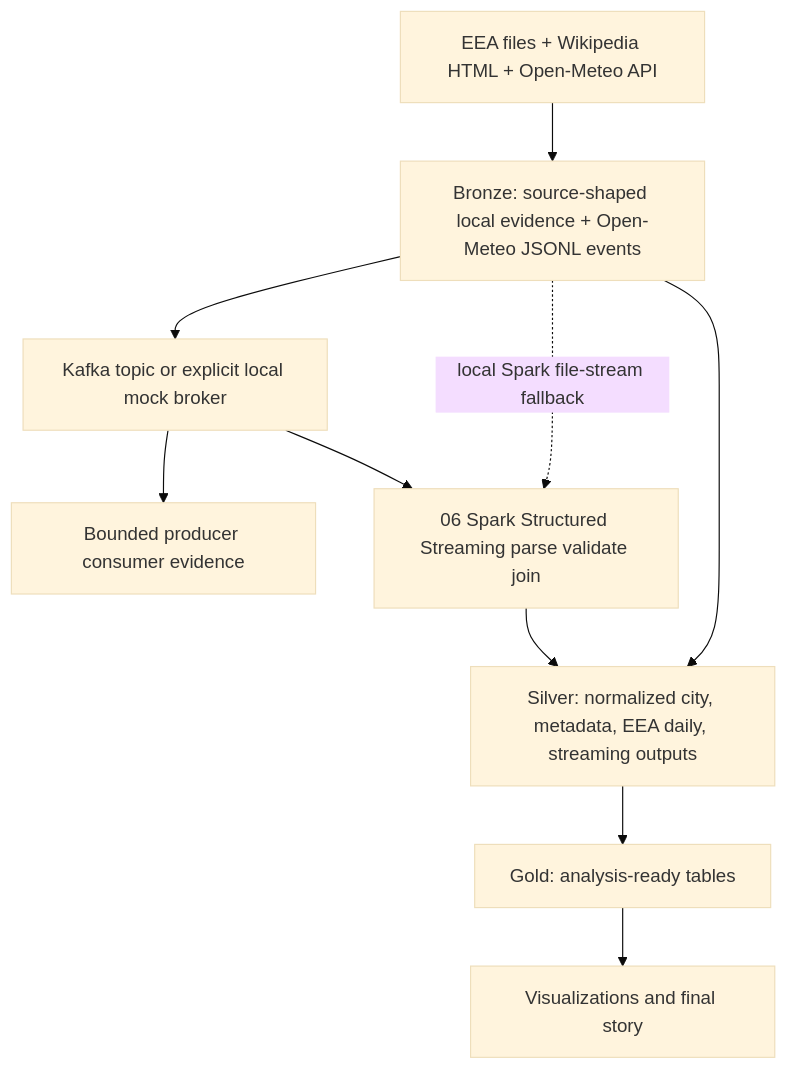
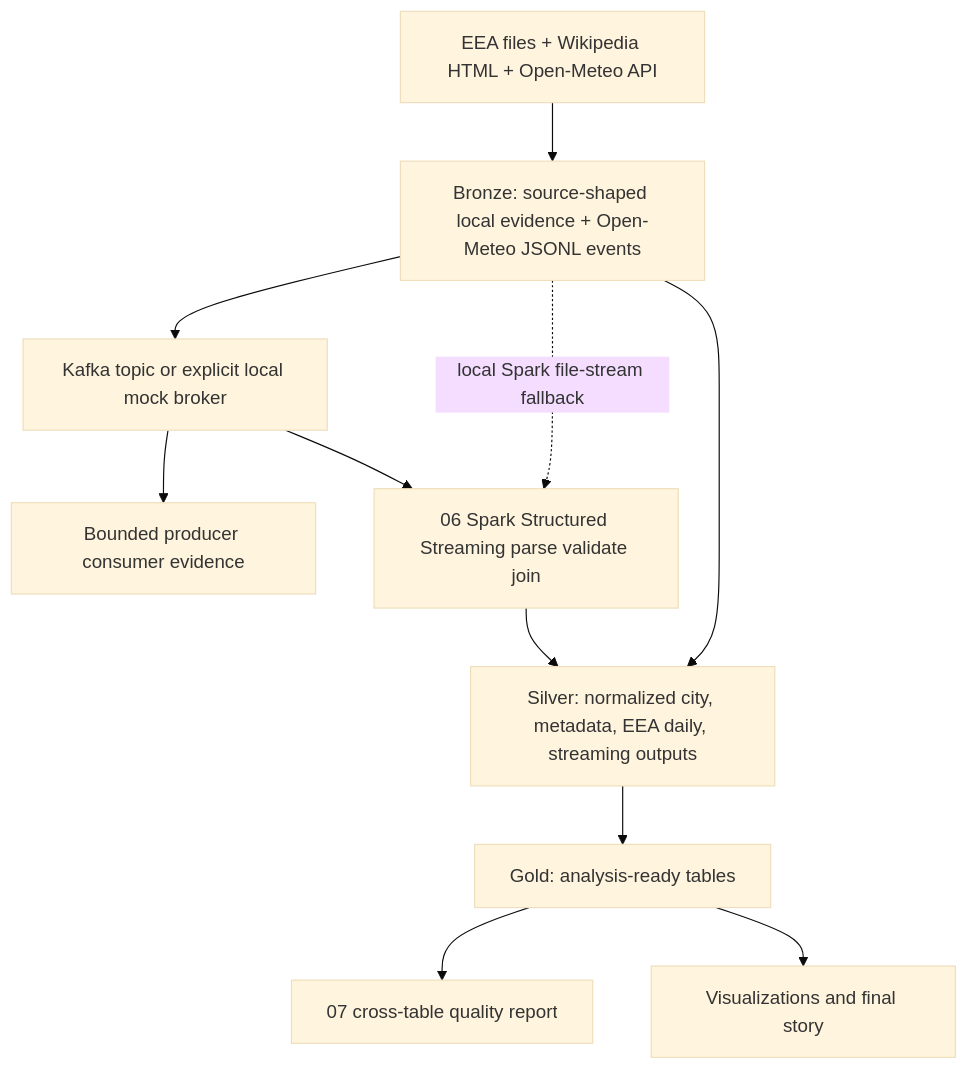
Before and after one commit to OnlyMajorG/euro-air-quality-pipeline: the diagram in docs/diagrams/dataflow.mmd, drawn with Mermaid (base theme). The commit also changed 17 other files, not shown here.

Commit message:
Phase 7: Gold Layer und Data Quality

```diff
--- a/docs/diagrams/dataflow.mmd
+++ b/docs/diagrams/dataflow.mmd
@@ -1,10 +1,11 @@
 flowchart TD
     Sources["EEA files + Wikipedia HTML + Open-Meteo API"] --> Bronze["Bronze: source-shaped local evidence + Open-Meteo JSONL events"]
     Bronze --> Broker["Kafka topic or explicit local mock broker"]
     Broker --> Evidence["Bounded producer consumer evidence"]
     Broker --> Spark["06 Spark Structured Streaming parse validate join"]
     Bronze -. "local Spark file-stream fallback" .-> Spark
     Bronze --> Silver["Silver: normalized city, metadata, EEA daily, streaming outputs"]
     Spark --> Silver
     Silver --> Gold["Gold: analysis-ready tables"]
+    Gold --> Quality["07 cross-table quality report"]
     Gold --> Viz["Visualizations and final story"]
```
